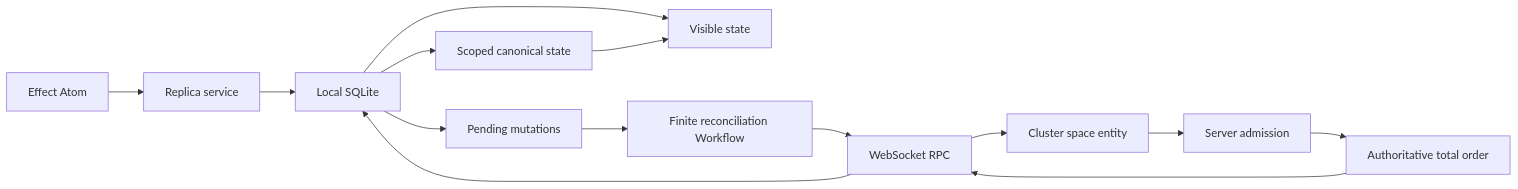
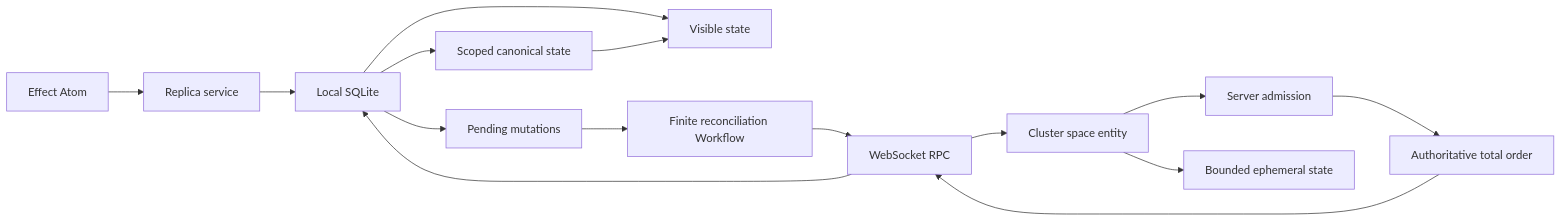
The diagram in README.md (lucas-barake/effect-local), drawn with Mermaid before and after one commit. The commit also changed other lines of this file and 42 other files, not shown here.

First line of the commit message:
#122 Schema-backed ephemeral collaboration channels (#179)

````diff
--- a/README.md
+++ b/README.md
@@ -13,17 +13,18 @@
 ```mermaid
 flowchart LR
   UI["Effect Atom"] --> R["Replica service"]
   R --> L["Local SQLite"]
   L --> P["Pending mutations"]
   L --> V["Visible state"]
   P --> F["Finite reconciliation Workflow"]
   F --> W
   W["WebSocket RPC"]
   W --> E["Cluster space entity"]
   E --> S["Server admission"]
+  E --> X["Bounded ephemeral state"]
   S --> O["Authoritative total order"]
   O --> W
   W --> L
   L --> C["Scoped canonical state"]
   C --> V
 ```
````
